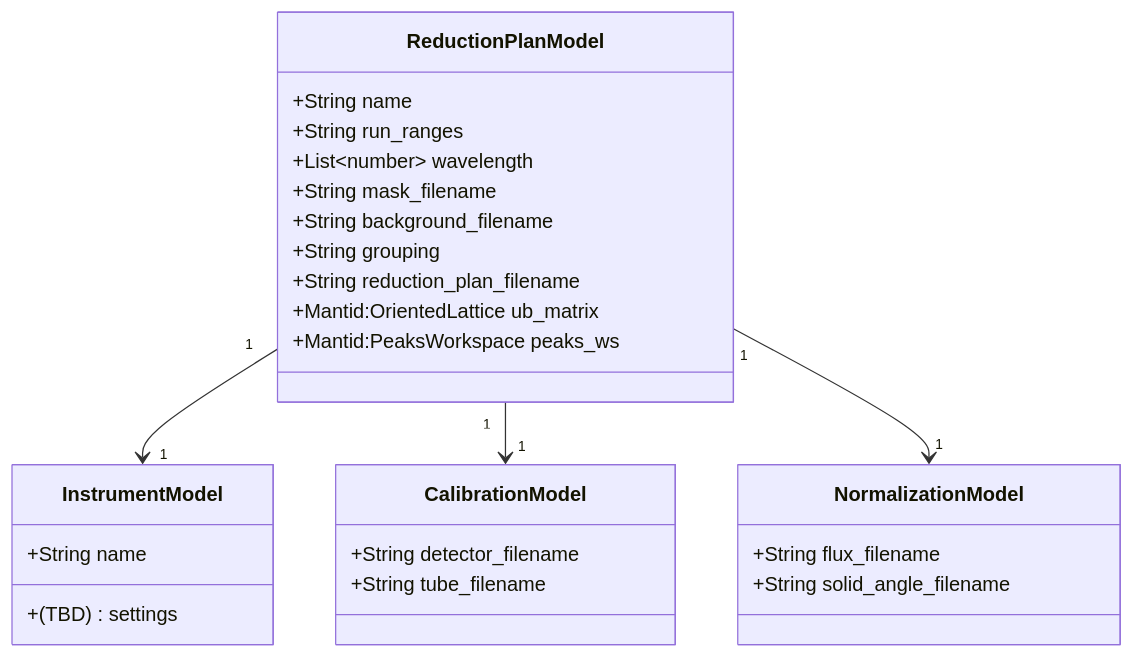
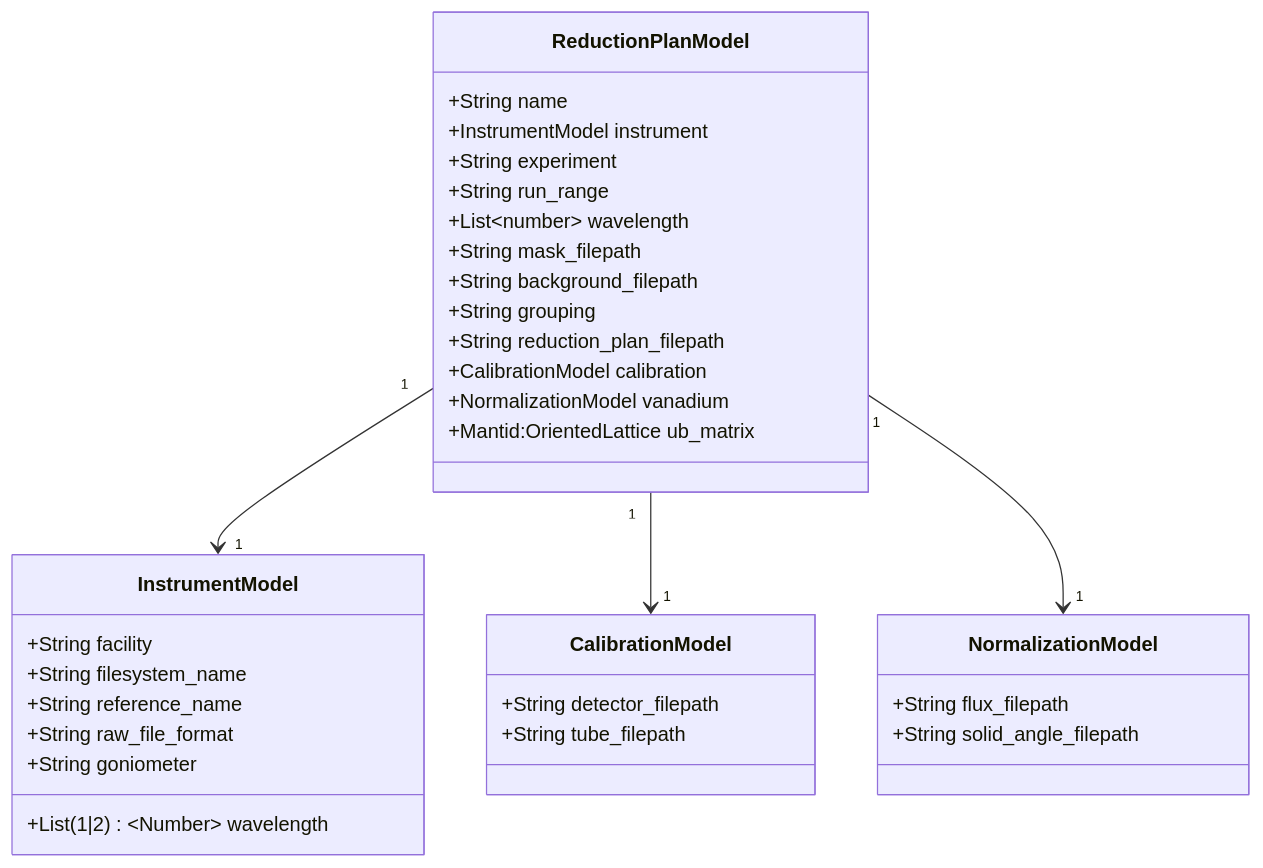
Before and after one commit to neutrons/garnet: the diagram in docs/source/design/reduction_plan.rst, drawn with Mermaid. The commit also changed other lines of this file and 2 other files, not shown here.

Commit message:
oncat and reduction plna schemas updated

```diff
--- a/docs/source/design/reduction_plan.rst
+++ b/docs/source/design/reduction_plan.rst
@@ -8,30 +7,37 @@
 .. mermaid::
 
  classDiagram
     ReductionPlanModel "1" --> "1" InstrumentModel
     ReductionPlanModel "1" --> "1" CalibrationModel
     ReductionPlanModel "1" -->"1" NormalizationModel
 
     class ReductionPlanModel{
         +String name
-        +String run_ranges
+        +InstrumentModel instrument
+        +String experiment
+        +String run_range
         +List~number~ wavelength
-        +String mask_filename
-        +String background_filename
+        +String mask_filepath
+        +String background_filepath
         +String grouping
-        +String reduction_plan_filename
+        +String reduction_plan_filepath
+        +CalibrationModel calibration
+        +NormalizationModel vanadium
         +Mantid:OrientedLattice ub_matrix
-        +Mantid:PeaksWorkspace peaks_ws
     }
     class InstrumentModel{
-        +String name
-        +(TBD) settings
+        +String facility
+        +String filesystem_name
+        +String reference_name
+        +List(1|2)~Number~ wavelength
+        +String raw_file_format
+        +String goniometer
     }
     class CalibrationModel{
-        +String detector_filename
-        +String tube_filename
+        +String detector_filepath
+        +String tube_filepath
     }
     class NormalizationModel{
-        +String flux_filename
-        +String solid_angle_filename
+        +String flux_filepath
+        +String solid_angle_filepath
     }
```
